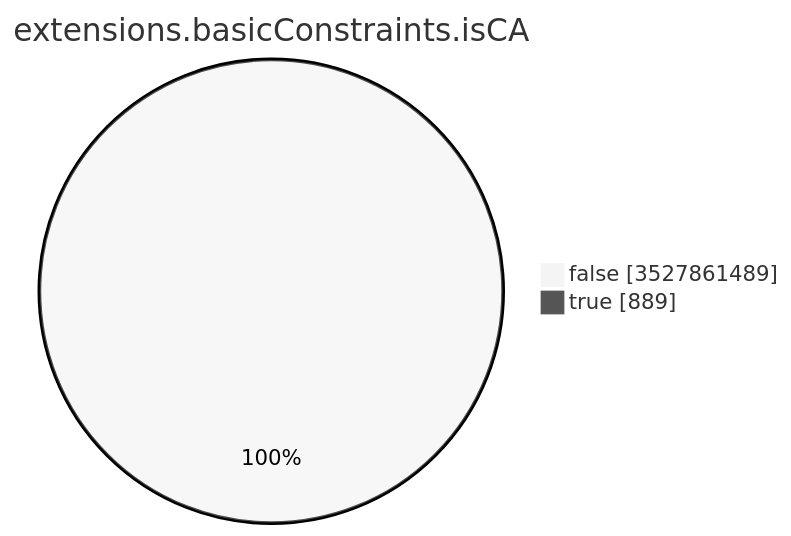
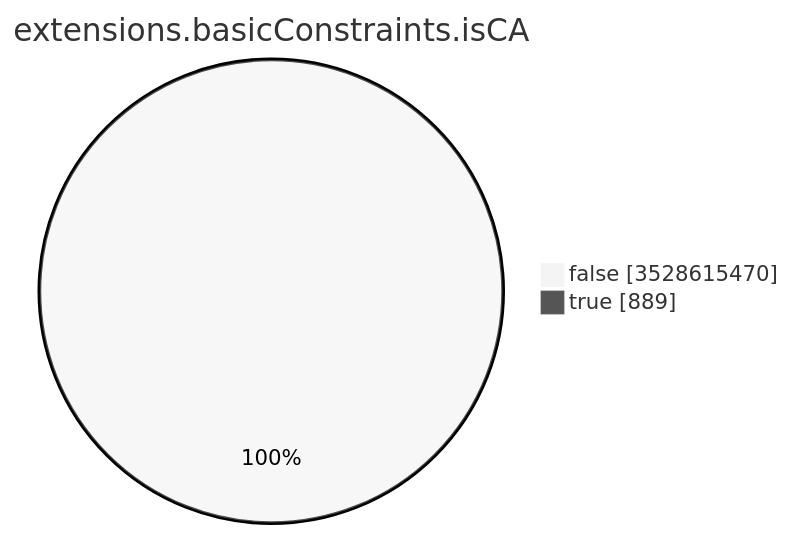
One commit to christiankrug/ctmonitor_visualization changed the seventh of 15 diagrams in TOTAL/README.md. Above: the diagram before and after it, drawn with Mermaid (neutral theme). The commit also changed other lines of this file, not shown here.

````diff
--- a/TOTAL/README.md
+++ b/TOTAL/README.md
@@ -3094,6 +3094,6 @@
 ```mermaid
 pie showData
 title extensions.basicConstraints.isCA
-"false" :3527861489
+"false" :3528615470
 "true" :889
 ```
````
